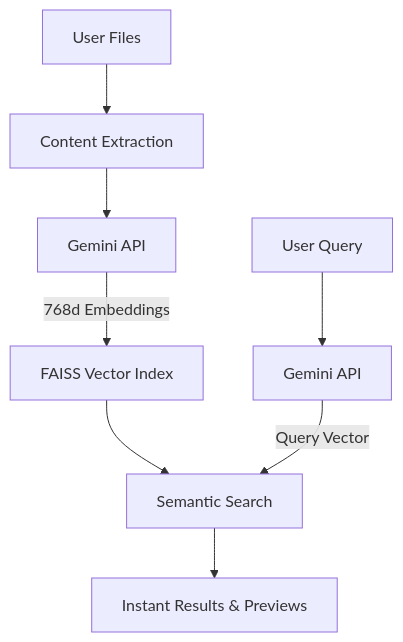
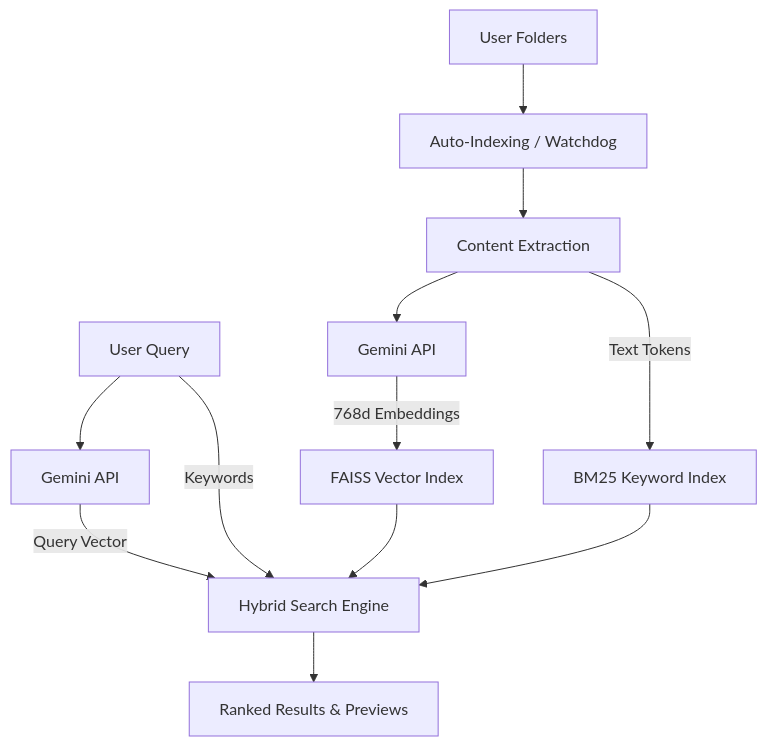
The diagram in readme.md (deepanmpc/SMART-SEARCH), drawn with Mermaid before and after one commit. The commit also changed other lines of this file, not shown here.

Commit message:
docs: update architecture with hybrid search and auto-indexing detail

````diff
--- a/readme.md
+++ b/readme.md
@@ -55,10 +55,16 @@
 ```mermaid
 graph TD
-    A[User Files] --> B[Content Extraction]
-    B --> C[Gemini API]
-    C -->|768d Embeddings| D[FAISS Vector Index]
-    D --> E[Semantic Search]
-    F[User Query] --> G[Gemini API]
-    G -->|Query Vector| E
-    E --> H[Instant Results & Previews]
+    A[User Folders] --> B[Auto-Indexing / Watchdog]
+    B --> C[Content Extraction]
+    C --> D[Gemini API]
+    D -->|768d Embeddings| E[FAISS Vector Index]
+    C -->|Text Tokens| F[BM25 Keyword Index]
+    
+    G[User Query] --> H[Gemini API]
+    H -->|Query Vector| I[Hybrid Search Engine]
+    G -->|Keywords| I
+    
+    E --> I
+    F --> I
+    I --> J[Ranked Results & Previews]
 ```
````
